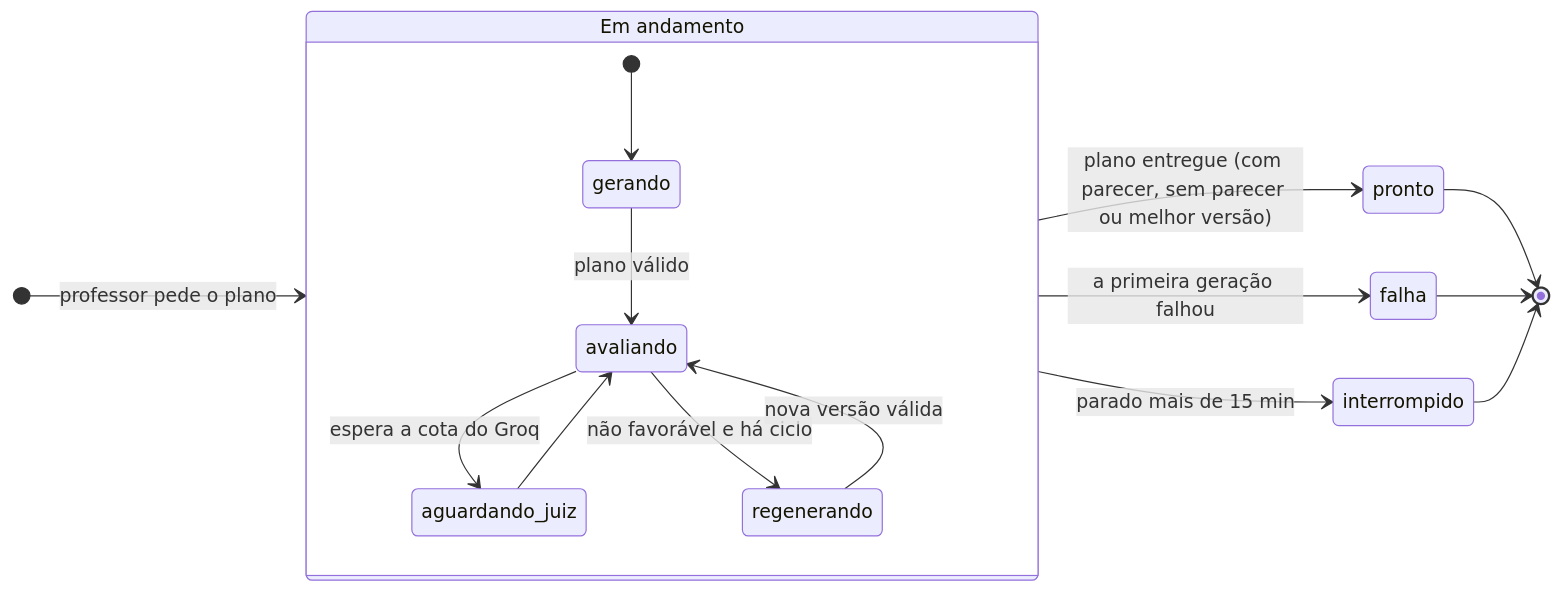
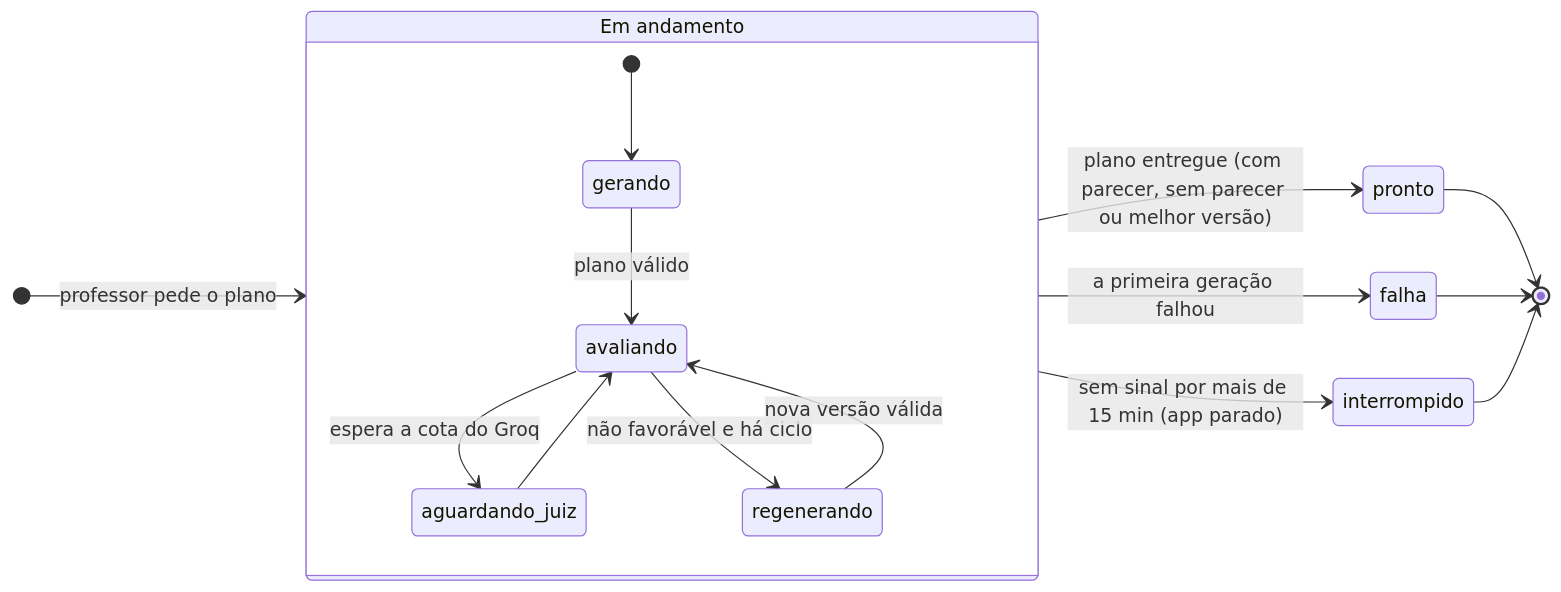
One commit to Carneiro-Joao/tcc-plataforma-multiagente changed the diagram in docs/diagramas/final/estados.mmd. Above: the diagram before and after it, drawn with Mermaid. The commit also changed 3 other files, not shown here.

First line of the commit message:
docs(diagramas): estado interrompido = sem sinal por mais de 15 min (app parado), conforme C4

```diff
--- a/docs/diagramas/final/estados.mmd
+++ b/docs/diagramas/final/estados.mmd
@@ -1,17 +1,17 @@
 stateDiagram-v2
     direction LR
     state "Em andamento" as andamento {
         [*] --> gerando
         gerando --> avaliando: plano válido
         avaliando --> aguardando_juiz: espera a cota do Groq
         aguardando_juiz --> avaliando
         avaliando --> regenerando: não favorável e há ciclo
         regenerando --> avaliando: nova versão válida
     }
     [*] --> andamento: professor pede o plano
     andamento --> pronto: plano entregue (com parecer, sem parecer ou melhor versão)
     andamento --> falha: a primeira geração falhou
-    andamento --> interrompido: parado mais de 15 min
+    andamento --> interrompido: sem sinal por mais de 15 min (app parado)
     pronto --> [*]
     falha --> [*]
     interrompido --> [*]
```
